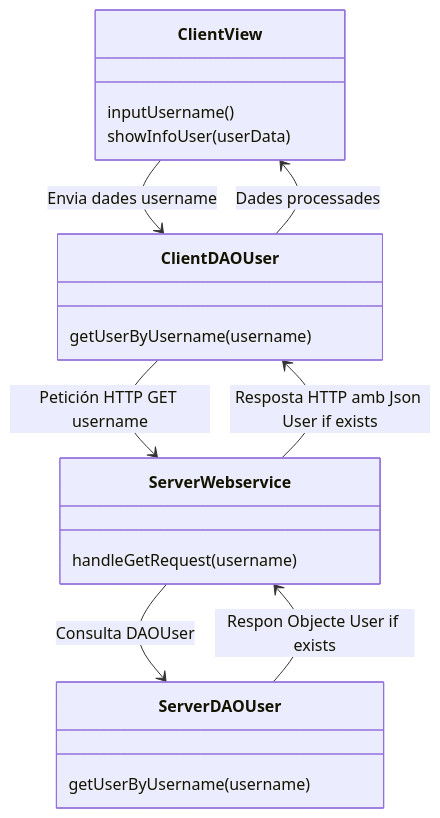
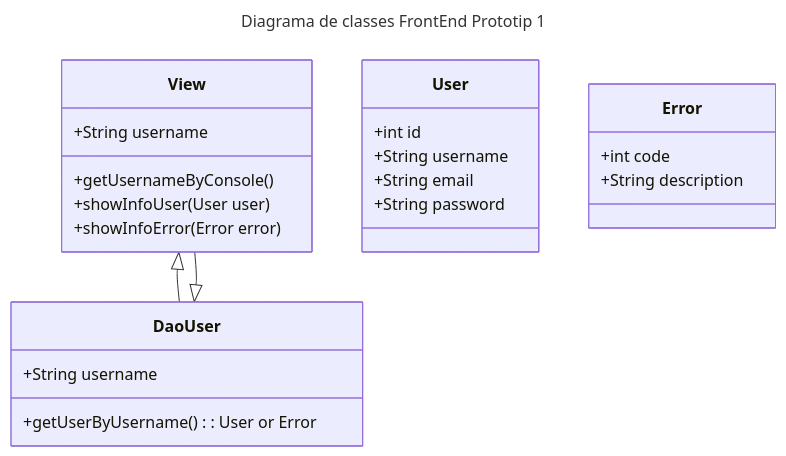
One commit to maraagm/TapatApp changed the diagram in chards/Prototip2.mmd. Above: the diagram before and after it, drawn with Mermaid. The commit also changed other lines of this file and 1 other file, not shown here.

```diff
--- a/chards/Prototip2.mmd
+++ b/chards/Prototip2.mmd
@@ -1,24 +1,29 @@
+---
+title: Diagrama de classes FrontEnd Prototip 1
+---
 classDiagram
-    class ClientView {
-        inputUsername()
-        showInfoUser(userData)
+    View <|-- DaoUser
+    DaoUser <|-- View 
+    
+    class User{
+        +int id
+        +String username
+        +String email
+        +String password
     }
 
-    class ClientDAOUser {
-        getUserByUsername(username)
+    class Error{
+        +int code
+        +String description
     }
 
-    class ServerWebservice {
-        handleGetRequest(username)
+    class View{
+        +String  username
+        +getUsernameByConsole()
+        +showInfoUser(User user)
+        +showInfoError(Error error)
     }
-
-    class ServerDAOUser {
-        getUserByUsername(username)
+    class DaoUser{
+        +String  username
+        +getUserByUsername(): User or Error
     }
-
-    ClientView --> ClientDAOUser : Envia dades username
-    ClientDAOUser --> ServerWebservice : Petición HTTP GET username
-    ServerWebservice --> ServerDAOUser : Consulta DAOUser
-    ServerDAOUser --> ServerWebservice : Respon Objecte User if exists
-    ServerWebservice --> ClientDAOUser : Resposta HTTP amb Json User if exists
-    ClientDAOUser --> ClientView : Dades processades
```
